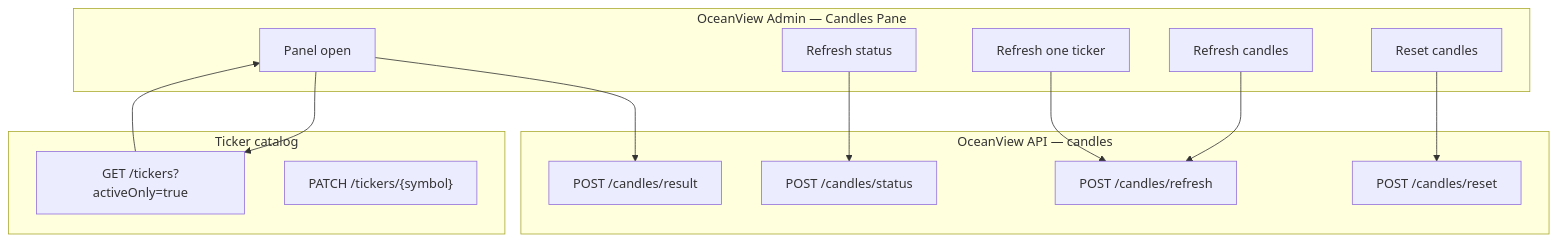
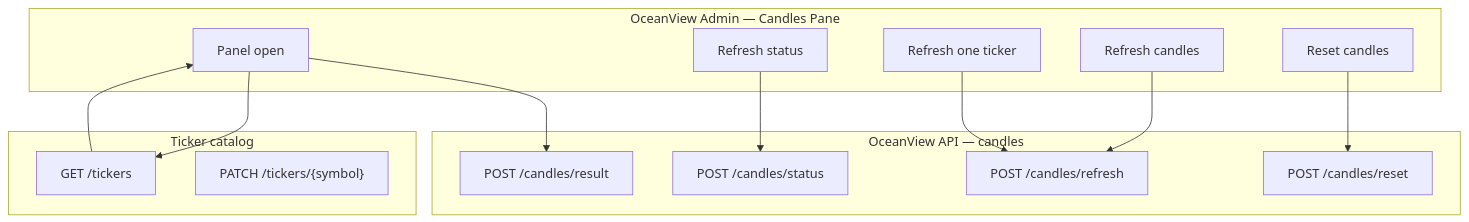
One commit to mlsloynaz/OceanView changed the first of 4 diagrams in docs/candles-pane.md. Above: the diagram before and after it, drawn with Mermaid. The commit also changed other lines of this file and 3 other files, not shown here.

````diff
--- a/docs/candles-pane.md
+++ b/docs/candles-pane.md
@@ -71,30 +71,30 @@
 ```mermaid
 flowchart TB
   subgraph UI["OceanView Admin — Candles Pane"]
     Load["Panel open"]
     BtnStatus["Refresh status"]
     BtnRefresh["Refresh candles"]
     BtnReset["Reset candles"]
     BtnRow["Refresh one ticker"]
   end
 
   subgraph Catalog["Ticker catalog"]
-    T["GET /tickers?activeOnly=true"]
+    T["GET /tickers"]
     P["PATCH /tickers/{symbol}"]
   end
 
   subgraph Candles["OceanView API — candles"]
     R["POST /candles/result"]
     S["POST /candles/status"]
     F["POST /candles/refresh"]
     X["POST /candles/reset"]
   end
 
   Load --> T
   T --> Load
   Load --> R
   BtnStatus --> S
   BtnRefresh --> F
   BtnReset --> X
   BtnRow --> F
 ```
````
